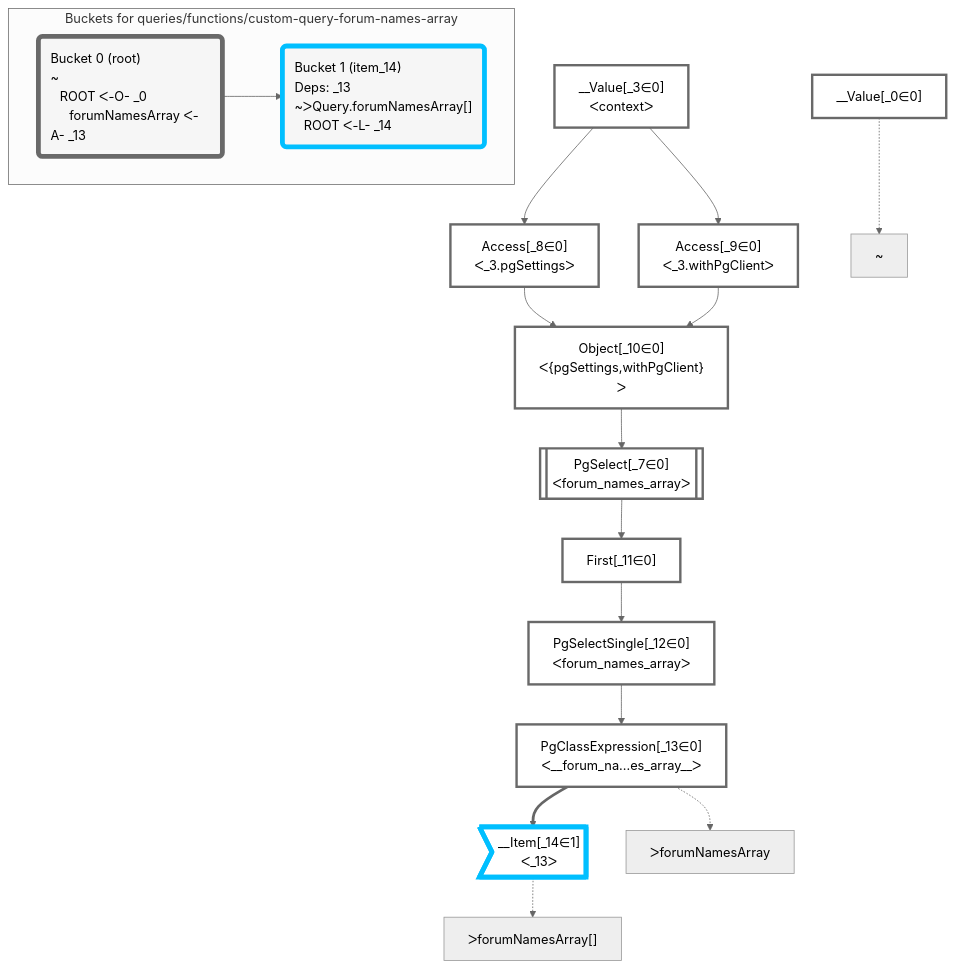
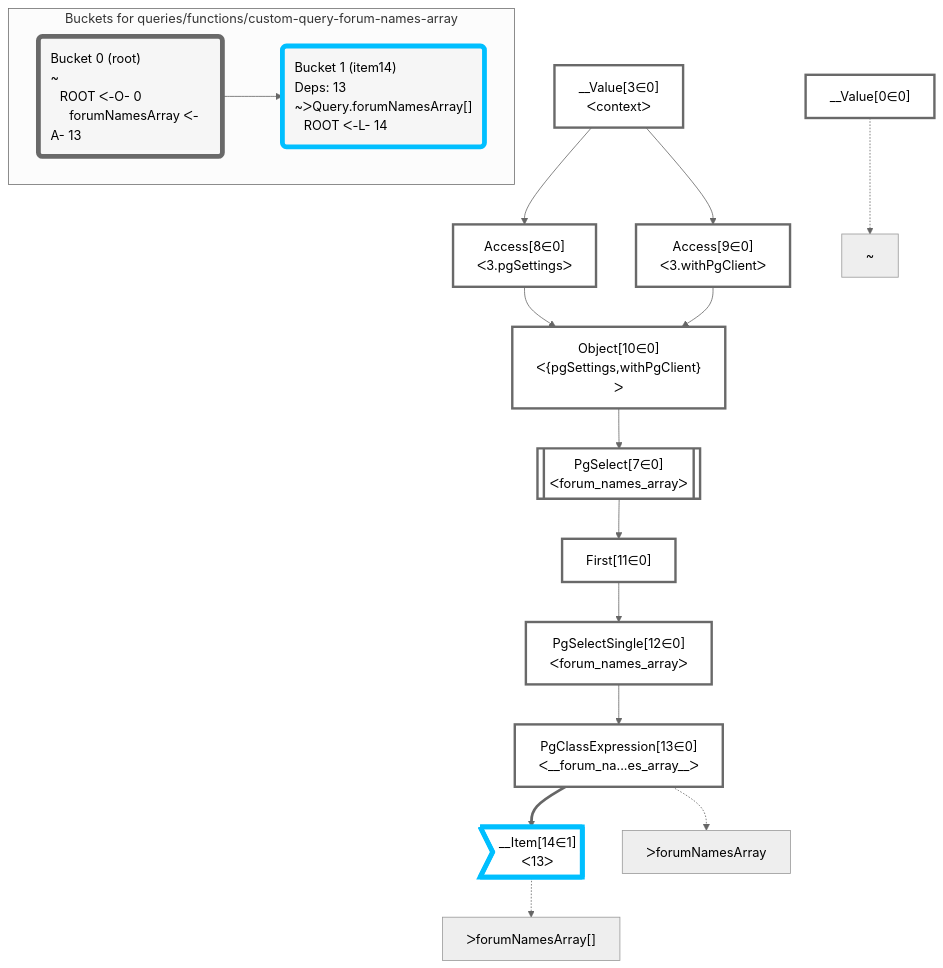
Before and after one commit to graphile/crystal: the diagram in packages/dataplan-pg/__tests__/queries/functions/custom-query-forum-names-array.mermaid.md, drawn with Mermaid (neutral theme). The commit also changed 195 other files, not shown here.

````diff
--- a/packages/dataplan-pg/__tests__/queries/functions/custom-query-forum-names-array.mermaid.md
+++ b/packages/dataplan-pg/__tests__/queries/functions/custom-query-forum-names-array.mermaid.md
@@ -1,49 +1,49 @@
 ```mermaid
 graph TD
     classDef path fill:#eee,stroke:#000,color:#000
     classDef plan fill:#fff,stroke-width:3px,color:#000
     classDef itemplan fill:#fff,stroke-width:6px,color:#000
     classDef sideeffectplan fill:#f00,stroke-width:6px,color:#000
     classDef bucket fill:#f6f6f6,color:#000,stroke-width:6px,text-align:left
 
 
     %% define plans
-    __Value_0["__Value[_0∈0]"]:::plan
-    __Item_14>"__Item[_14∈1]<br />ᐸ_13ᐳ"]:::itemplan
-    PgClassExpression_13["PgClassExpression[_13∈0]<br />ᐸ__forum_na...es_array__ᐳ"]:::plan
-    PgSelectSingle_12["PgSelectSingle[_12∈0]<br />ᐸforum_names_arrayᐳ"]:::plan
-    First_11["First[_11∈0]"]:::plan
-    PgSelect_7[["PgSelect[_7∈0]<br />ᐸforum_names_arrayᐳ"]]:::plan
-    Object_10["Object[_10∈0]<br />ᐸ{pgSettings,withPgClient}ᐳ"]:::plan
-    Access_8["Access[_8∈0]<br />ᐸ_3.pgSettingsᐳ"]:::plan
-    Access_9["Access[_9∈0]<br />ᐸ_3.withPgClientᐳ"]:::plan
-    __Value_3["__Value[_3∈0]<br />ᐸcontextᐳ"]:::plan
+    __Value0["__Value[0∈0]"]:::plan
+    __Item14>"__Item[14∈1]<br />ᐸ13ᐳ"]:::itemplan
+    PgClassExpression13["PgClassExpression[13∈0]<br />ᐸ__forum_na...es_array__ᐳ"]:::plan
+    PgSelectSingle12["PgSelectSingle[12∈0]<br />ᐸforum_names_arrayᐳ"]:::plan
+    First11["First[11∈0]"]:::plan
+    PgSelect7[["PgSelect[7∈0]<br />ᐸforum_names_arrayᐳ"]]:::plan
+    Object10["Object[10∈0]<br />ᐸ{pgSettings,withPgClient}ᐳ"]:::plan
+    Access8["Access[8∈0]<br />ᐸ3.pgSettingsᐳ"]:::plan
+    Access9["Access[9∈0]<br />ᐸ3.withPgClientᐳ"]:::plan
+    __Value3["__Value[3∈0]<br />ᐸcontextᐳ"]:::plan
 
     %% plan dependencies
-    PgClassExpression_13 ==> __Item_14
-    PgSelectSingle_12 --> PgClassExpression_13
-    First_11 --> PgSelectSingle_12
-    PgSelect_7 --> First_11
-    Object_10 --> PgSelect_7
-    Access_8 & Access_9 --> Object_10
-    __Value_3 --> Access_8
-    __Value_3 --> Access_9
+    PgClassExpression13 ==> __Item14
+    PgSelectSingle12 --> PgClassExpression13
+    First11 --> PgSelectSingle12
+    PgSelect7 --> First11
+    Object10 --> PgSelect7
+    Access8 & Access9 --> Object10
+    __Value3 --> Access8
+    __Value3 --> Access9
 
     %% plan-to-path relationships
-    P_0["~"]
-    __Value_0 -.-> P_0
-    P_13["ᐳforumNamesArray"]
-    PgClassExpression_13 -.-> P_13
-    P_14["ᐳforumNamesArray[]"]
-    __Item_14 -.-> P_14
+    P0["~"]
+    __Value0 -.-> P0
+    P13["ᐳforumNamesArray"]
+    PgClassExpression13 -.-> P13
+    P14["ᐳforumNamesArray[]"]
+    __Item14 -.-> P14
 
     subgraph "Buckets for queries/functions/custom-query-forum-names-array"
-    Bucket0("Bucket 0 (root)<br />~<br />⠀ROOT ᐸ-O- _0<br />⠀⠀forumNamesArray ᐸ-A- _13"):::bucket
+    Bucket0("Bucket 0 (root)<br />~<br />⠀ROOT ᐸ-O- 0<br />⠀⠀forumNamesArray ᐸ-A- 13"):::bucket
     classDef bucket0 stroke:#696969
-    class Bucket0,__Value_0,__Value_3,PgSelect_7,Access_8,Access_9,Object_10,First_11,PgSelectSingle_12,PgClassExpression_13 bucket0
-    Bucket1("Bucket 1 (item_14)<br />Deps: _13<br />~ᐳQuery.forumNamesArray[]<br />⠀ROOT ᐸ-L- _14"):::bucket
+    class Bucket0,__Value0,__Value3,PgSelect7,Access8,Access9,Object10,First11,PgSelectSingle12,PgClassExpression13 bucket0
+    Bucket1("Bucket 1 (item14)<br />Deps: 13<br />~ᐳQuery.forumNamesArray[]<br />⠀ROOT ᐸ-L- 14"):::bucket
     classDef bucket1 stroke:#00bfff
-    class Bucket1,__Item_14 bucket1
+    class Bucket1,__Item14 bucket1
     Bucket0 --> Bucket1
     end
 ```
````
